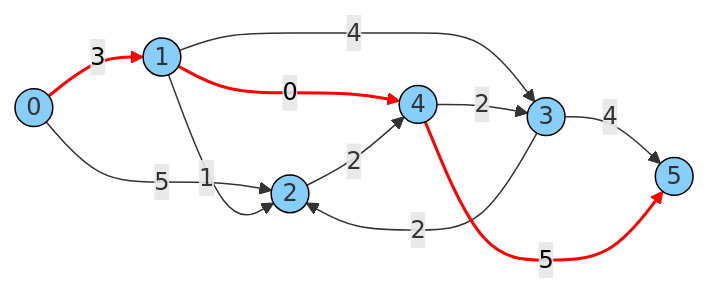
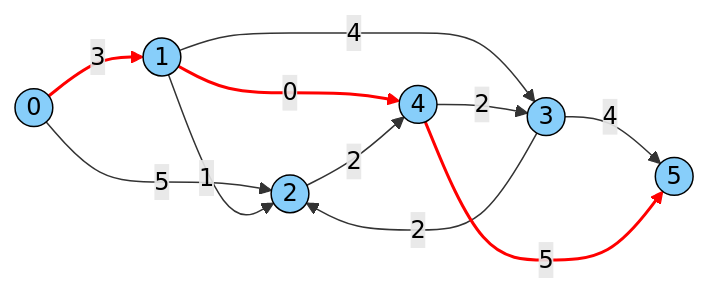
The first of 4 diagrams in ortools/graph/docs/shortest_path_dijkstra.md (google/or-tools), drawn with Mermaid before and after one commit. The commit also changed 1 other file, not shown here.

Commit message:
graph: mermaid graph fixup

````diff
--- a/ortools/graph/docs/shortest_path_dijkstra.md
+++ b/ortools/graph/docs/shortest_path_dijkstra.md
@@ -19,21 +19,22 @@
 ```mermaid
 graph LR
     0((0))
     1((1))
     2((2))
     3((3))
     4((4))
     5((5))
     0 == "3" ==>1
     0 -- "5" -->2
     1 -- "1" -->2
     1 -- "4" -->3
     1 == "0" ==>4
     2 -- "2" -->4
     3 -- "2" -->2
     3 -- "4" -->5
     4 -- "2" -->3
     4 == "5" ==>5
-    classDef node stroke:black,fill:lightskyblue
-    linkStyle 0,4,9 stroke:red,stroke-width:2px,color:black;
+    classDef default stroke:black,fill:lightskyblue,color:black
+    linkStyle default color:black
+    linkStyle 0,4,9 stroke:red,stroke-width:2px
 ```
````
